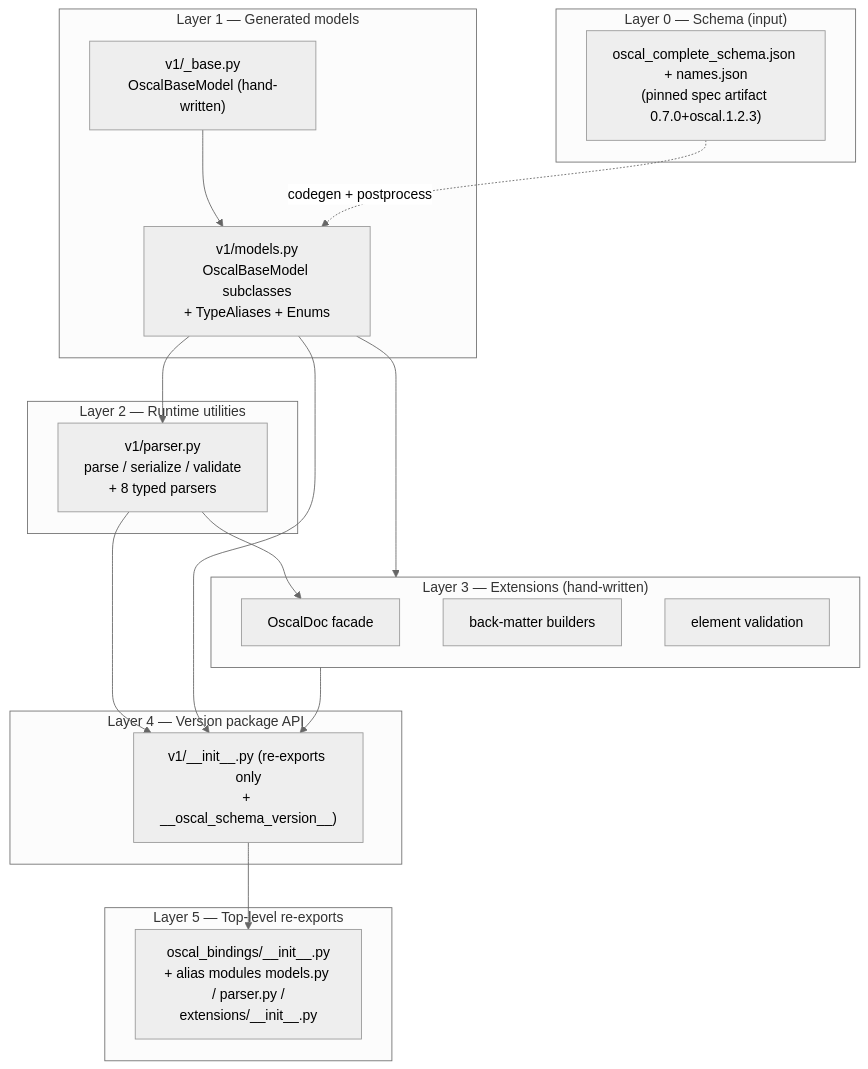
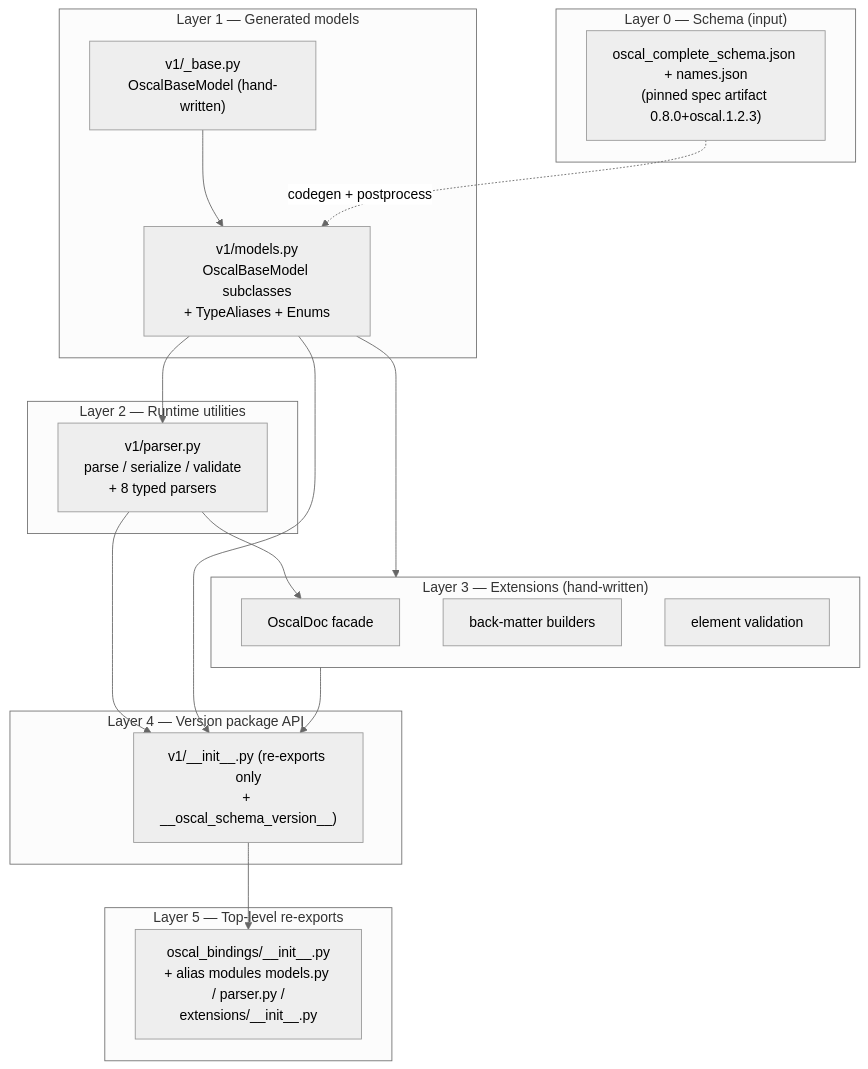
Before and after one commit to cairn-proofs/oscal-bindings-python: the first of 2 diagrams in .agents/summary/architecture.md, drawn with Mermaid (neutral theme). The commit also changed other lines of this file and 11 other files, not shown here.

First line of the commit message:
chore: move the spec pin to v0.8.0+oscal.1.2.3 (#70)

````diff
--- a/.agents/summary/architecture.md
+++ b/.agents/summary/architecture.md
@@ -11,33 +11,33 @@
 ```mermaid
 graph TB
     subgraph L0["Layer 0 — Schema (input)"]
-        S["oscal_complete_schema.json + names.json<br/>(pinned spec artifact 0.7.0+oscal.1.2.3)"]
+        S["oscal_complete_schema.json + names.json<br/>(pinned spec artifact 0.8.0+oscal.1.2.3)"]
     end
     subgraph L1["Layer 1 — Generated models"]
         BASE["v1/_base.py<br/>OscalBaseModel (hand-written)"]
         M["v1/models.py<br/>OscalBaseModel subclasses<br/>+ TypeAliases + Enums"]
         BASE --> M
     end
     subgraph L2["Layer 2 — Runtime utilities"]
         P["v1/parser.py<br/>parse / serialize / validate<br/>+ 8 typed parsers"]
     end
     subgraph L3["Layer 3 — Extensions (hand-written)"]
         D["OscalDoc facade"]
         B["back-matter builders"]
         V["element validation"]
     end
     subgraph L4["Layer 4 — Version package API"]
         I["v1/__init__.py (re-exports only<br/>+ __oscal_schema_version__)"]
     end
     subgraph L5["Layer 5 — Top-level re-exports"]
         C["oscal_bindings/__init__.py<br/>+ alias modules models.py / parser.py /<br/>extensions/__init__.py"]
     end
     S -. codegen + postprocess .-> M
     M --> P
     M --> L3
     P --> D
     P --> I
     L3 --> I
     M --> I
     I --> C
 ```
````
